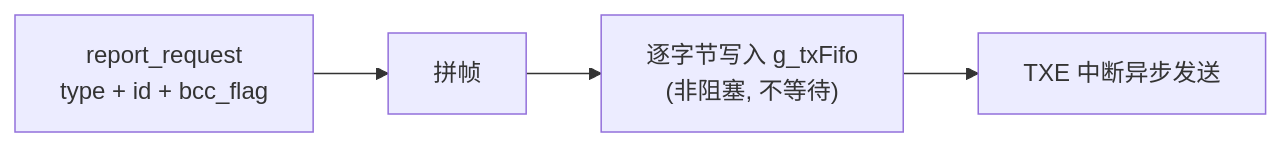
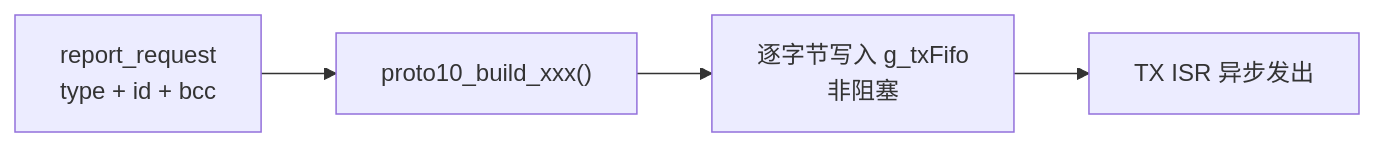
Before and after one commit to Siaiai/ObsidianNote: the sixth of 16 diagrams in 工作/SR3读卡器/260802SR3读卡器架构.md, drawn with Mermaid. The commit also changed other lines of this file and 1 other file, not shown here.

````diff
--- a/工作/SR3读卡器/260802SR3读卡器架构.md
+++ b/工作/SR3读卡器/260802SR3读卡器架构.md
@@ -453,6 +274,6 @@
 ```mermaid
 flowchart LR
-    REQ["report_request<br/>type + id + bcc_flag"] --> BUILD["拼帧"]
-    BUILD --> PUSH["逐字节写入 g_txFifo<br/>(非阻塞, 不等待)"]
-    PUSH --> TX["TXE 中断异步发送"]
+    REQ["report_request<br/>type + id + bcc"] --> BUILD["proto10_build_xxx()"]
+    BUILD --> PUSH["逐字节写入 g_txFifo<br/>非阻塞"]
+    PUSH --> TX["TX ISR 异步发出"]
 ```
````
